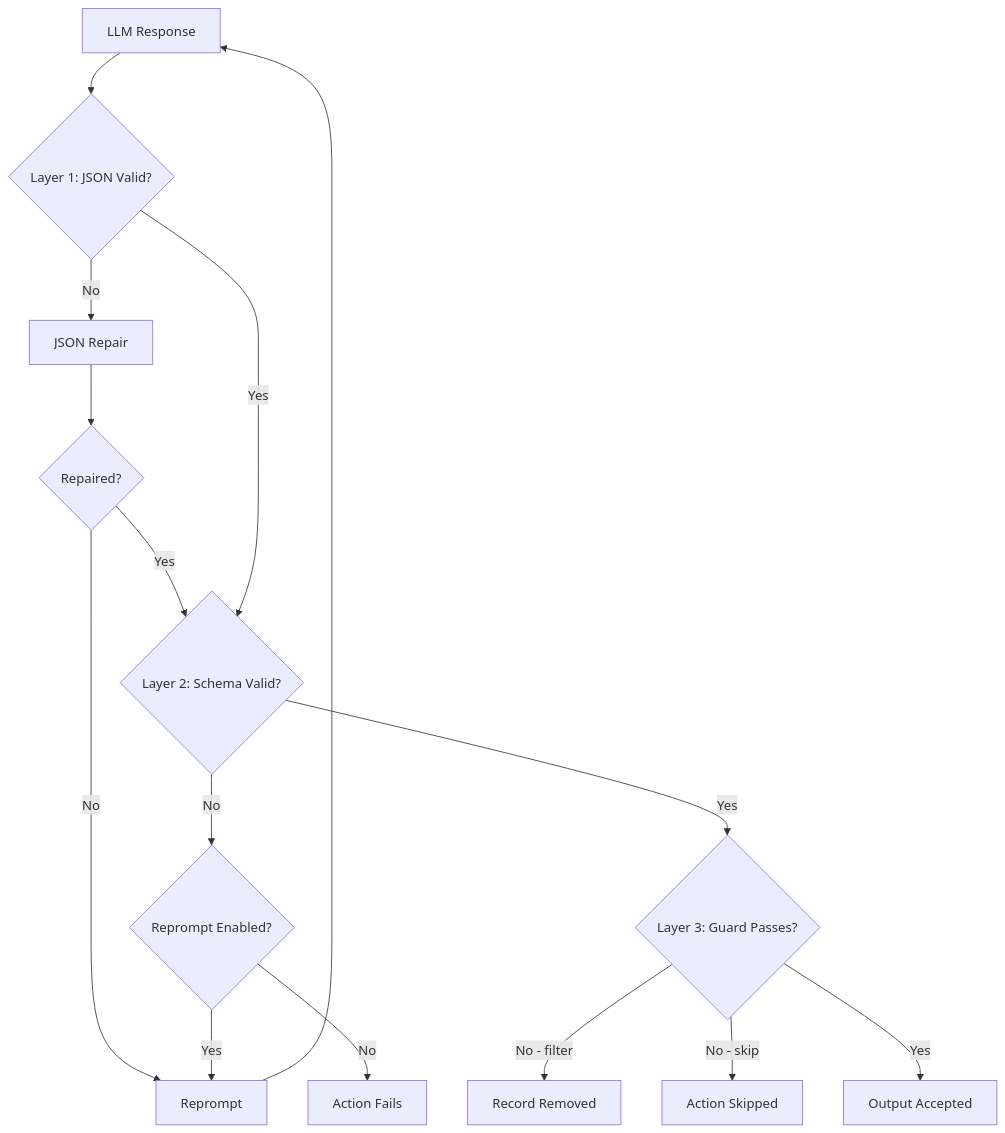
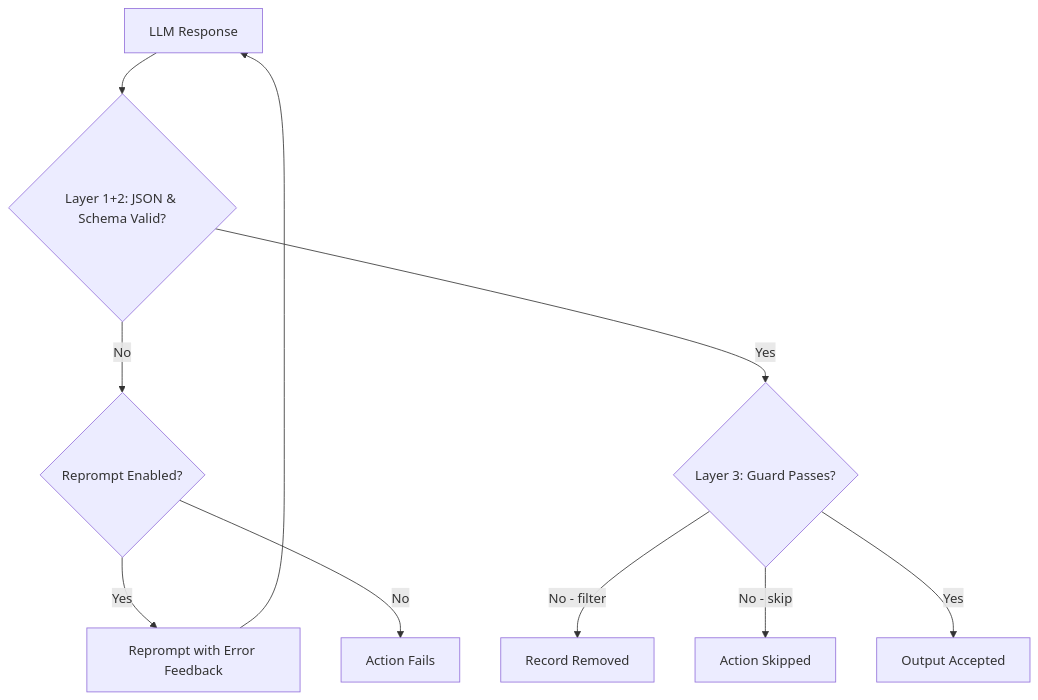
One commit to Muizzkolapo/agent-actions changed the diagram in docs.agent-actions/docs/reference/validation/output-validation.md. Above: the diagram before and after it, drawn with Mermaid. The commit also changed other lines of this file and 3 other files, not shown here.

````diff
--- a/docs.agent-actions/docs/reference/validation/output-validation.md
+++ b/docs.agent-actions/docs/reference/validation/output-validation.md
@@ -16,17 +16,12 @@
 ```mermaid
 flowchart TD
-    A[LLM Response] --> B{Layer 1: JSON Valid?}
-    B -->|No| C[JSON Repair]
-    C --> D{Repaired?}
-    D -->|No| E[Reprompt]
-    D -->|Yes| F
-    B -->|Yes| F{Layer 2: Schema Valid?}
-    F -->|No| G{Reprompt Enabled?}
-    G -->|Yes| E
+    A[LLM Response] --> B{Layer 1+2: JSON & Schema Valid?}
+    B -->|No| G{Reprompt Enabled?}
+    G -->|Yes| E[Reprompt with Error Feedback]
     G -->|No| H[Action Fails]
     E --> A
-    F -->|Yes| I{Layer 3: Guard Passes?}
+    B -->|Yes| I{Layer 3: Guard Passes?}
     I -->|No - filter| J[Record Removed]
     I -->|No - skip| K[Action Skipped]
     I -->|Yes| L[Output Accepted]
 ```
````
